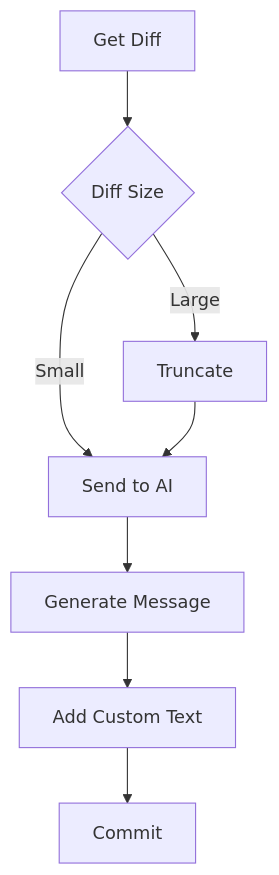
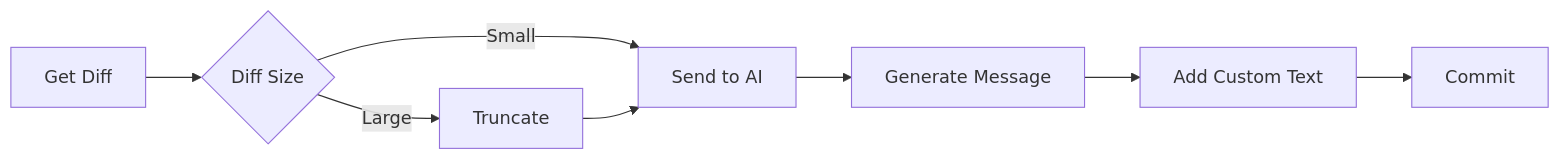
The third of 5 diagrams in README.md (daveio/jig), drawn with Mermaid before and after one commit. The commit also changed other lines of this file, not shown here.

First line of the commit message:
📝 Improve documentation with better mermaid diagrams and flow

````diff
--- a/README.md
+++ b/README.md
@@ -964,10 +964,10 @@
 ```mermaid
-graph TD
+graph LR
     A[Get Diff] --> B{Diff Size}
     B -->|Large| C[Truncate]
     B -->|Small| D[Send to AI]
     C --> D
     D --> E[Generate Message]
     E --> F[Add Custom Text]
     F --> G[Commit]
 ```
````
